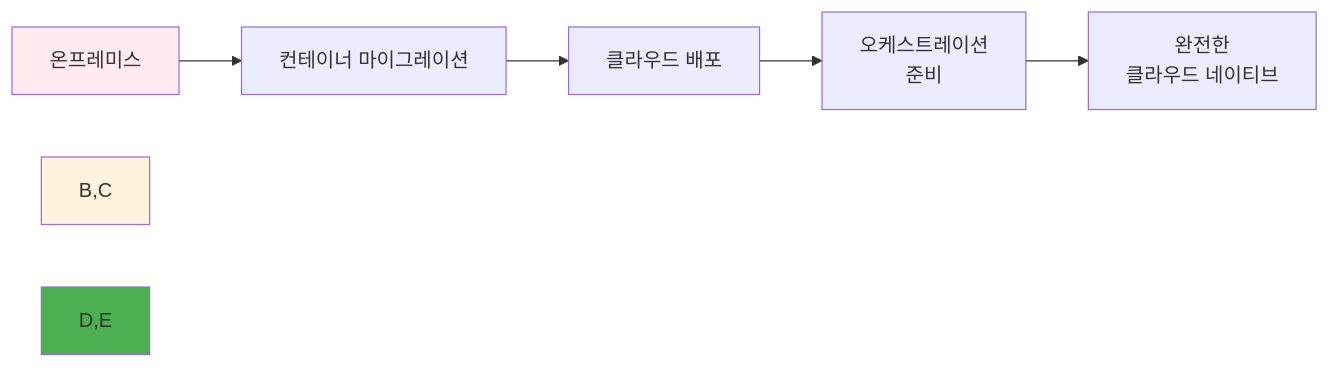
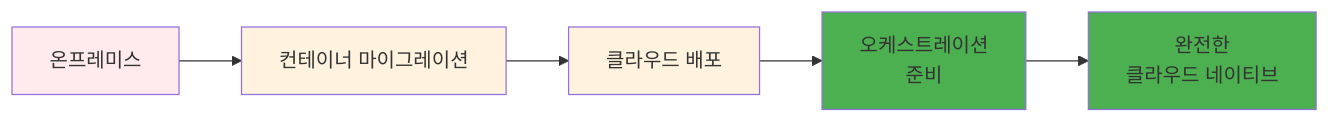
Before and after one commit to niceguy61/kdt_devops_lecture_2025: the fifth of 14 diagrams in theory/week_02/day4/README_corrected.md, drawn with Mermaid. The commit also changed other lines of this file and 63 other files, not shown here.

````diff
--- a/theory/week_02/day4/README_corrected.md
+++ b/theory/week_02/day4/README_corrected.md
@@ -168,11 +174,13 @@
 ```mermaid
 graph LR
     A[온프레미스] --> B[컨테이너 마이그레이션]
     B --> C[클라우드 배포]
     C --> D[오케스트레이션<br/>준비]
     D --> E[완전한<br/>클라우드 네이티브]
     
     style A fill:#ffebee
-    style B,C fill:#fff3e0
-    style D,E fill:#4caf50
+    style B fill:#fff3e0
+    style C fill:#fff3e0
+    style D fill:#4caf50
+    style E fill:#4caf50
 ```
````
